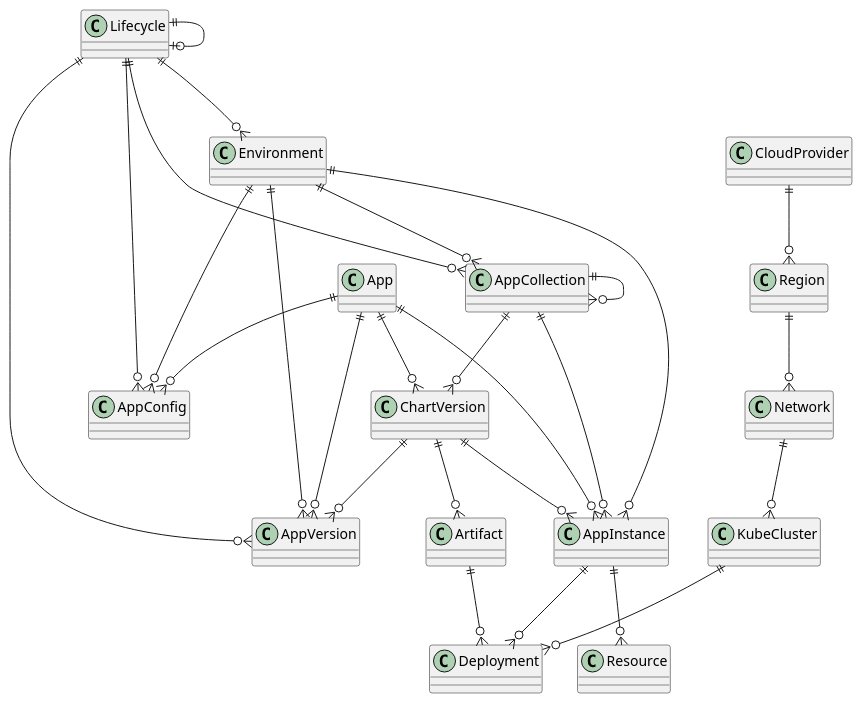
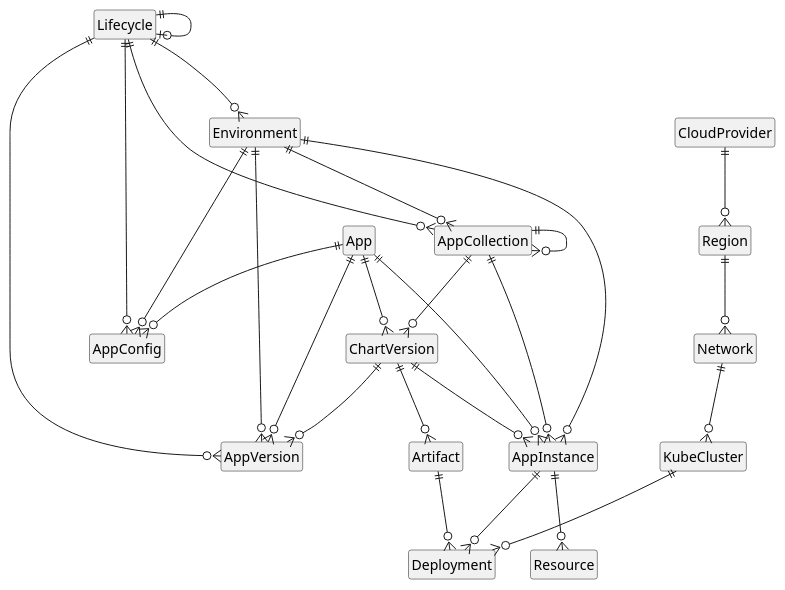
The diagram in docs/erd_plantuml.md (johnsdouglass/cmdb), drawn with PlantUML before and after one commit. The commit also changed 1 other file, not shown here.

Commit message:
Added hide circle and hide members to plantuml diagram

````diff
--- a/docs/erd_plantuml.md
+++ b/docs/erd_plantuml.md
@@ -1,30 +1,32 @@
 ```plantuml
 @startuml
+    hide circle
+    hide members
     AppCollection ||--o{ ChartVersion : ""
     AppCollection ||--o{ AppCollection : ""
     AppCollection ||--o{ AppInstance : ""
     AppInstance ||--o{ Deployment : ""
     AppInstance ||--o{ Resource : ""
     App ||--o{ AppConfig : ""
     App ||--o{ AppInstance : ""
     App ||--o{ AppVersion : ""
     App ||--o{ ChartVersion : ""
     Artifact ||--o{ Deployment : ""
     ChartVersion ||--o{ AppInstance : ""
     ChartVersion ||--o{ AppVersion : ""
     ChartVersion ||--o{ Artifact : ""
     CloudProvider ||--o{ Region : ""
     Environment ||--o{ AppCollection : ""    
     Environment ||--o{ AppConfig : ""
     Environment ||--o{ AppInstance : ""
     Environment ||--o{ AppVersion : ""
     KubeCluster ||--o{ Deployment : ""
     Lifecycle ||--o{ AppCollection : ""
     Lifecycle ||--o{ AppConfig : ""
     Lifecycle ||--o{ AppVersion : ""
     Lifecycle ||--o{ Environment : ""
     Lifecycle ||--o| Lifecycle : ""
     Network ||--o{ KubeCluster : ""
     Region ||--o{ Network : ""
 @enduml
 ```
````
